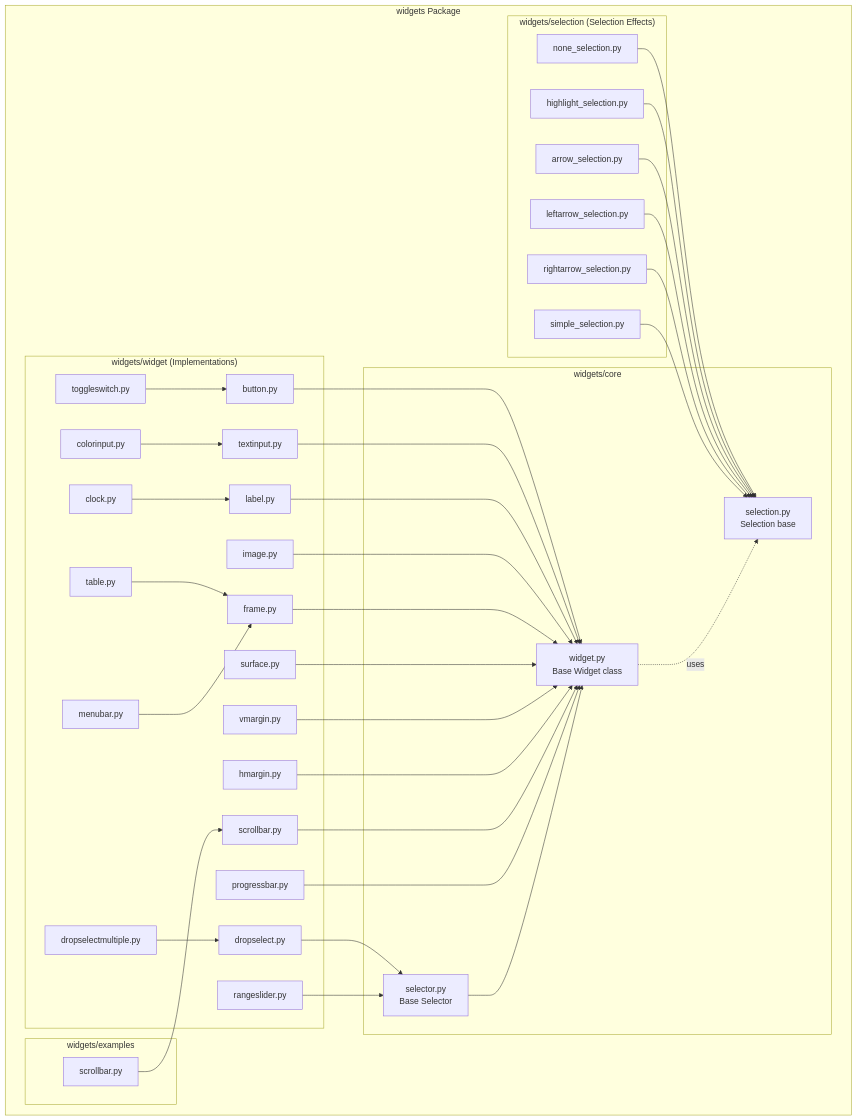
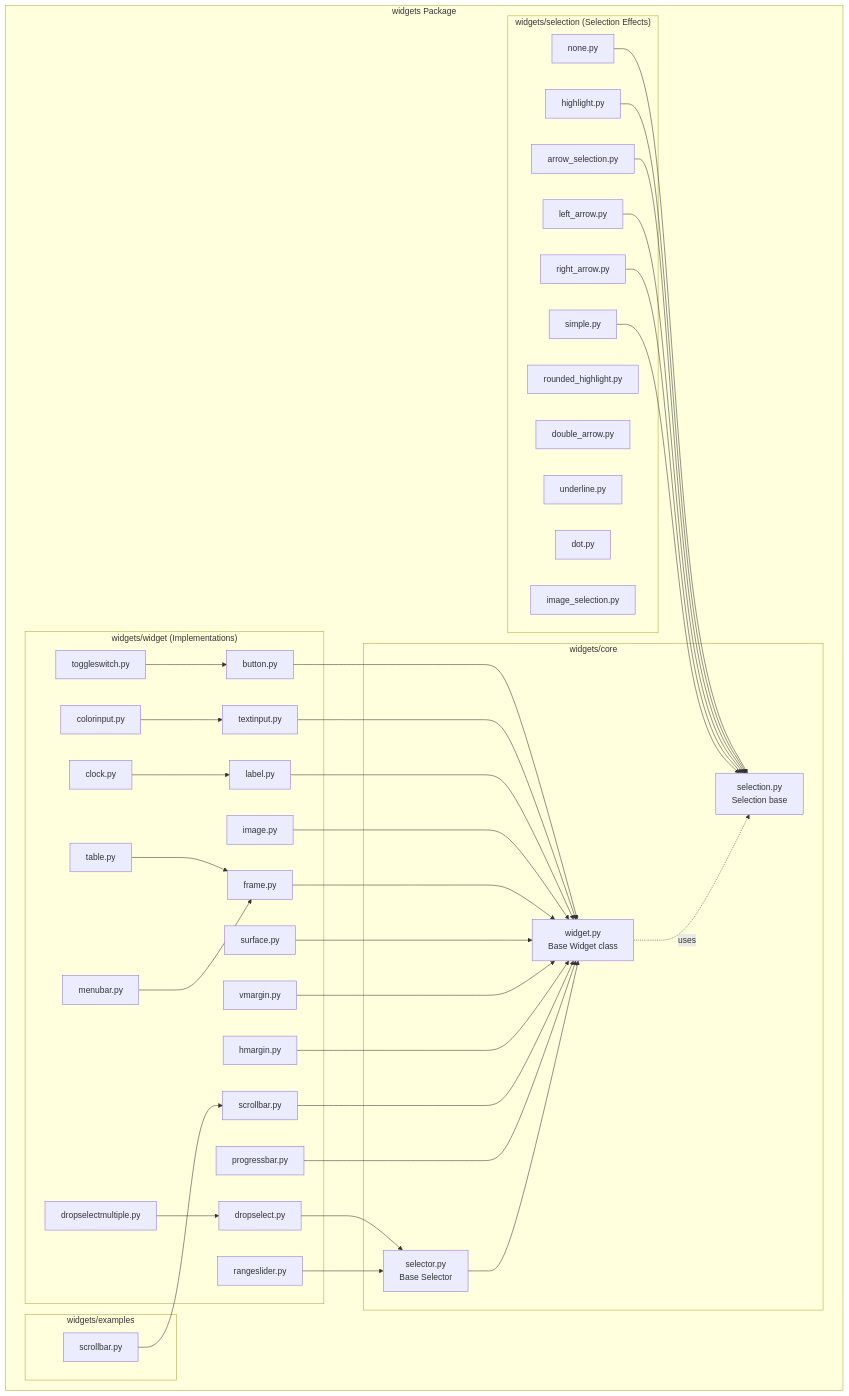
Before and after one commit to ppizarror/pygame-menu: the diagram in docs/diagrams/widgets-package-internal.mmd, drawn with Mermaid. The commit also changed 23 other files, not shown here.

```diff
--- a/docs/diagrams/widgets-package-internal.mmd
+++ b/docs/diagrams/widgets-package-internal.mmd
@@ -1,78 +1,83 @@
 graph TB
     subgraph "widgets Package"
         subgraph "widgets/core"
             Widget[widget.py<br/>Base Widget class]
             Selector[selector.py<br/>Base Selector]
             Selection[selection.py<br/>Selection base]
         end
         
         subgraph "widgets/widget (Implementations)"
             Button[button.py]
             TextInput[textinput.py]
             Label[label.py]
             Image[image.py]
             Frame[frame.py]
             Table[table.py]
             ColorInput[colorinput.py]
             DropSelect[dropselect.py]
             DropSelectMultiple[dropselectmultiple.py]
             ToggleSwitch[toggleswitch.py]
             RangeSlider[rangeslider.py]
             Clock[clock.py]
             Surface[surface.py]
             VMargin[vmargin.py]
             HMargin[hmargin.py]
             Scrollbar[scrollbar.py]
             ProgressBar[progressbar.py]
             MenuBar[menubar.py]
         end
         
         subgraph "widgets/selection (Selection Effects)"
-            NoneSelection[none_selection.py]
-            HighlightSelection[highlight_selection.py]
+            NoneSelection[none.py]
+            HighlightSelection[highlight.py]
+            RoundedHighlightSelection[rounded_highlight.py]
             ArrowSelection[arrow_selection.py]
-            LeftArrowSelection[leftarrow_selection.py]
-            RightArrowSelection[rightarrow_selection.py]
-            SimpleSelection[simple_selection.py]
+            LeftArrowSelection[left_arrow.py]
+            RightArrowSelection[right_arrow.py]
+            DoubleArrowSelection[double_arrow.py]
+            UnderlineSelection[underline.py]
+            DotSelection[dot.py]
+            ImageSelection[image_selection.py]
+            SimpleSelection[simple.py]
         end
         
         subgraph "widgets/examples"
             ScrollbarExample[scrollbar.py]
         end
     end
     
     %% Core inheritance
     Button --> Widget
     TextInput --> Widget
     Label --> Widget
     Image --> Widget
     Frame --> Widget
     Table --> Frame
     ColorInput --> TextInput
     DropSelect --> Selector
     DropSelectMultiple --> DropSelect
     ToggleSwitch --> Button
     RangeSlider --> Selector
     Clock --> Label
     Surface --> Widget
     VMargin --> Widget
     HMargin --> Widget
     Scrollbar --> Widget
     ProgressBar --> Widget
     MenuBar --> Frame
     
     Selector --> Widget
     
     %% Selection effects
     NoneSelection --> Selection
     HighlightSelection --> Selection
     ArrowSelection --> Selection
     LeftArrowSelection --> Selection
     RightArrowSelection --> Selection
     SimpleSelection --> Selection
     
     %% Examples
     ScrollbarExample --> Scrollbar
     
     %% Widget uses Selection
     Widget -.uses.-> Selection
```
